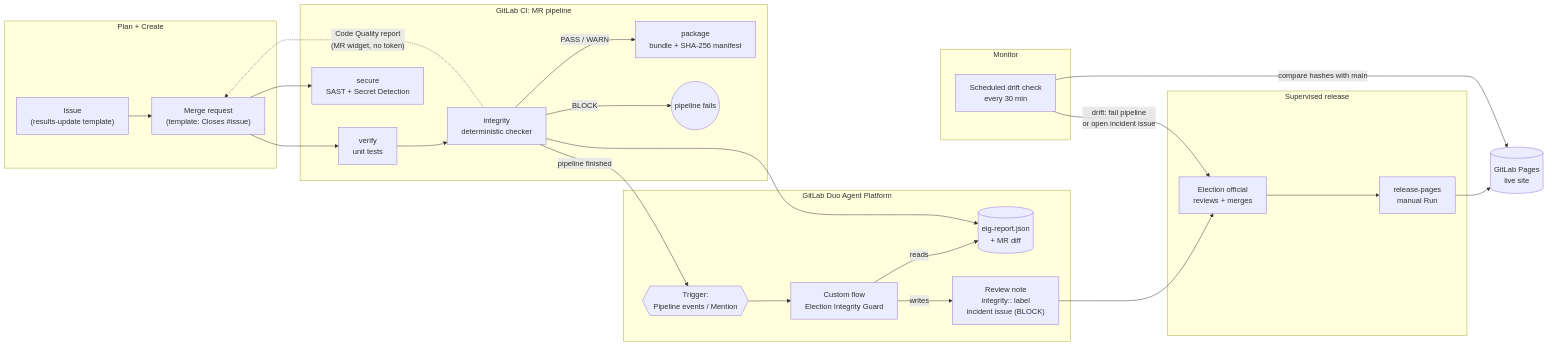
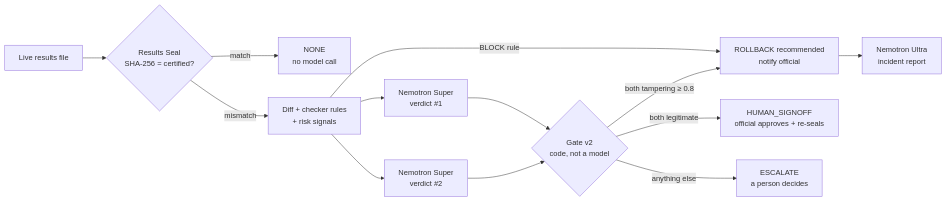
The diagram in README.md (nguyenhuulong2222/election-integrity-guard-nemotron), drawn with Mermaid before and after one commit. The commit also changed other lines of this file and 3 other files, not shown here.

````diff
--- a/README.md
+++ b/README.md
@@ -24,37 +38,14 @@
 ```mermaid
 flowchart LR
-    subgraph Create["Plan + Create"]
-        I["Issue<br/>(results-update template)"] --> MR["Merge request<br/>(template: Closes #issue)"]
-    end
-
-    subgraph CI["GitLab CI: MR pipeline"]
-        V["verify<br/>unit tests"] --> G["integrity<br/>deterministic checker"]
-        S["secure<br/>SAST + Secret Detection"]
-        G -->|PASS / WARN| P["package<br/>bundle + SHA-256 manifest"]
-        G -->|BLOCK| X(("pipeline fails"))
-    end
-
-    subgraph Duo["GitLab Duo Agent Platform"]
-        T{{"Trigger:<br/>Pipeline events / Mention"}} --> F["Custom flow<br/>Election Integrity Guard"]
-        F -->|reads| R[("eig-report.json<br/>+ MR diff")]
-        F -->|writes| C["Review note<br/>integrity:: label<br/>incident issue (BLOCK)"]
-    end
-
-    subgraph Human["Supervised release"]
-        H["Election official<br/>reviews + merges"] --> D["release-pages<br/>manual Run"]
-    end
-
-    subgraph Watch["Monitor"]
-        M["Scheduled drift check<br/>every 30 min"]
-    end
-
-    MR --> V
-    MR --> S
-    G --> R
-    G -.->|"Code Quality report<br/>(MR widget, no token)"| MR
-    G -->|"pipeline finished"| T
-    C --> H
-    D --> Site[("GitLab Pages<br/>live site")]
-    M -->|"compare hashes with main"| Site
-    M -->|"drift: fail pipeline<br/>or open incident issue"| H
+    L[Live results file] --> S{Results Seal<br/>SHA-256 = certified?}
+    S -->|match| N[NONE<br/>no model call]
+    S -->|mismatch| D[Diff + checker rules<br/>+ risk signals]
+    D -->|BLOCK rule| R[ROLLBACK recommended<br/>notify official]
+    D --> V1[Nemotron Super<br/>verdict #1]
+    D --> V2[Nemotron Super<br/>verdict #2]
+    V1 & V2 --> G{Gate v2<br/>code, not a model}
+    G -->|both tampering ≥ 0.8| R
+    G -->|both legitimate| H[HUMAN_SIGNOFF<br/>official approves + re-seals]
+    G -->|anything else| E[ESCALATE<br/>a person decides]
+    R --> U[Nemotron Ultra<br/>incident report]
 ```
````
